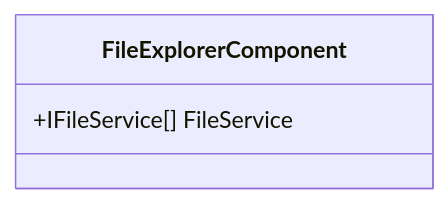
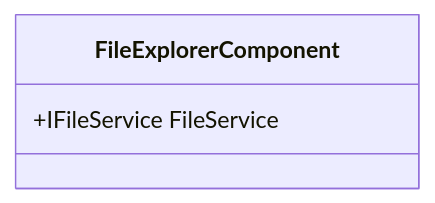
Before and after one commit to functionland/fx-files: the third of 3 diagrams in docs/class-diagram-overview.md, drawn with Mermaid. The commit also changed other lines of this file, not shown here.

Commit message:
Add FakeFileService designs to diagrams. ab#15

````diff
--- a/docs/class-diagram-overview.md
+++ b/docs/class-diagram-overview.md
@@ -73,6 +76,6 @@
 ```mermaid
 classDiagram
 class FileExplorerComponent {
-  +IFileService[] FileService
+  +IFileService FileService
 }
 ```
````
